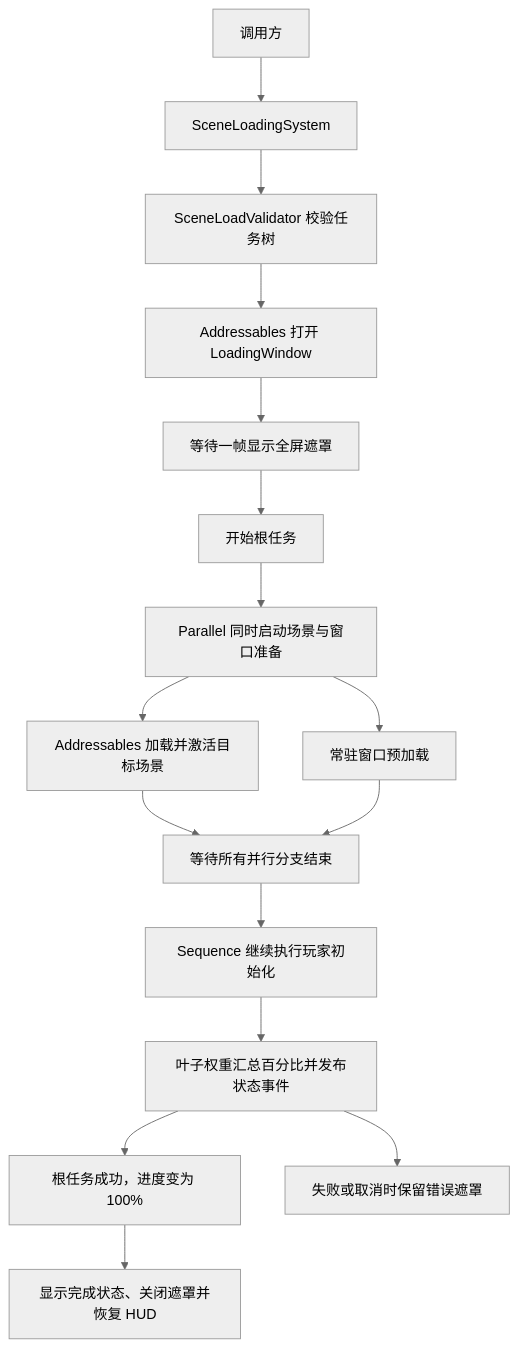
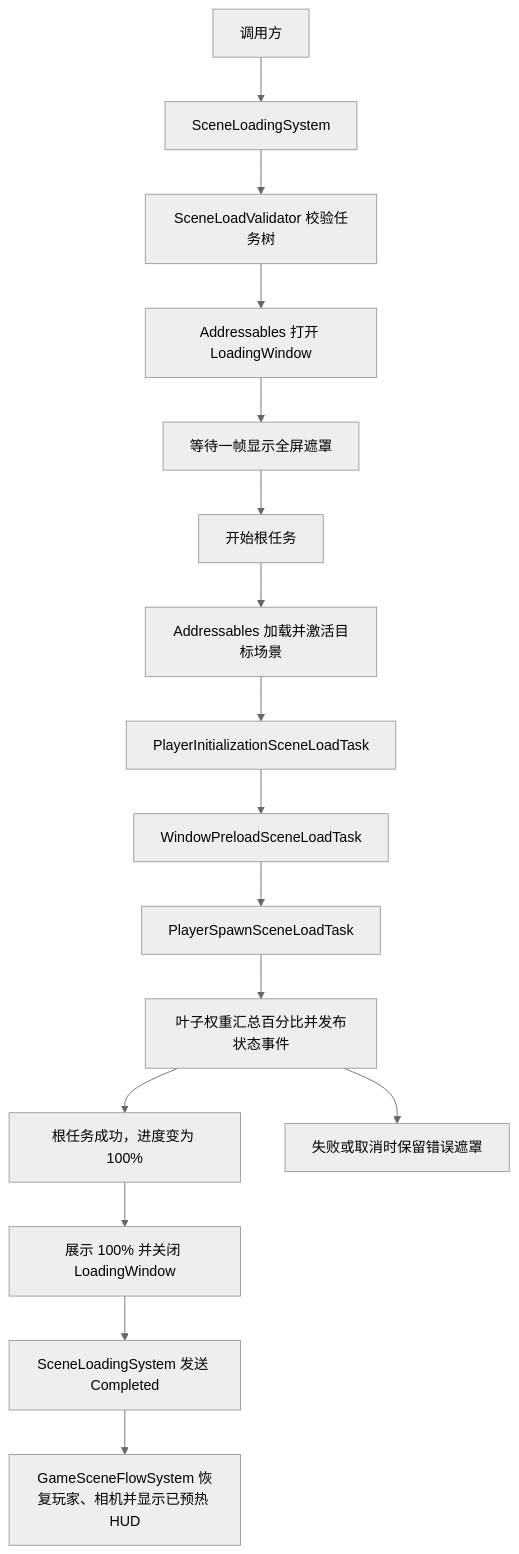
Before and after one commit to Whitesheeeep/3DRPG: the third of 3 diagrams in Assets/Scripts/Game/Runtime/SceneLoading/SceneLoading_README.md, drawn with Mermaid (neutral theme). The commit also changed other lines of this file and 70 other files, not shown here.

````diff
--- a/Assets/Scripts/Game/Runtime/SceneLoading/SceneLoading_README.md
+++ b/Assets/Scripts/Game/Runtime/SceneLoading/SceneLoading_README.md
@@ -9,18 +85,18 @@
 ```mermaid
 flowchart TD
     Caller[调用方] --> System[SceneLoadingSystem]
     System --> Validate[SceneLoadValidator 校验任务树]
     Validate --> Window[Addressables 打开 LoadingWindow]
     Window --> Draw[等待一帧显示全屏遮罩]
     Draw --> Tree[开始根任务]
-    Tree --> Parallel[Parallel 同时启动场景与窗口准备]
-    Parallel --> Scene[Addressables 加载并激活目标场景]
-    Parallel --> Preload[常驻窗口预加载]
-    Scene --> Join[等待所有并行分支结束]
-    Preload --> Join
-    Join --> Player[Sequence 继续执行玩家初始化]
-    Player --> Progress[叶子权重汇总百分比并发布状态事件]
+    Tree --> Scene[Addressables 加载并激活目标场景]
+    Scene --> Player[PlayerInitializationSceneLoadTask]
+    Player --> Preload[WindowPreloadSceneLoadTask]
+    Preload --> Spawn[PlayerSpawnSceneLoadTask]
+    Spawn --> Progress[叶子权重汇总百分比并发布状态事件]
     Progress --> Complete[根任务成功，进度变为 100%]
-    Complete --> HUD[显示完成状态、关闭遮罩并恢复 HUD]
+    Complete --> Close[展示 100% 并关闭 LoadingWindow]
+    Close --> Notify[SceneLoadingSystem 发送 Completed]
+    Notify --> HUD[GameSceneFlowSystem 恢复玩家、相机并显示已预热 HUD]
     Progress --> Failure[失败或取消时保留错误遮罩]
 ```
````
